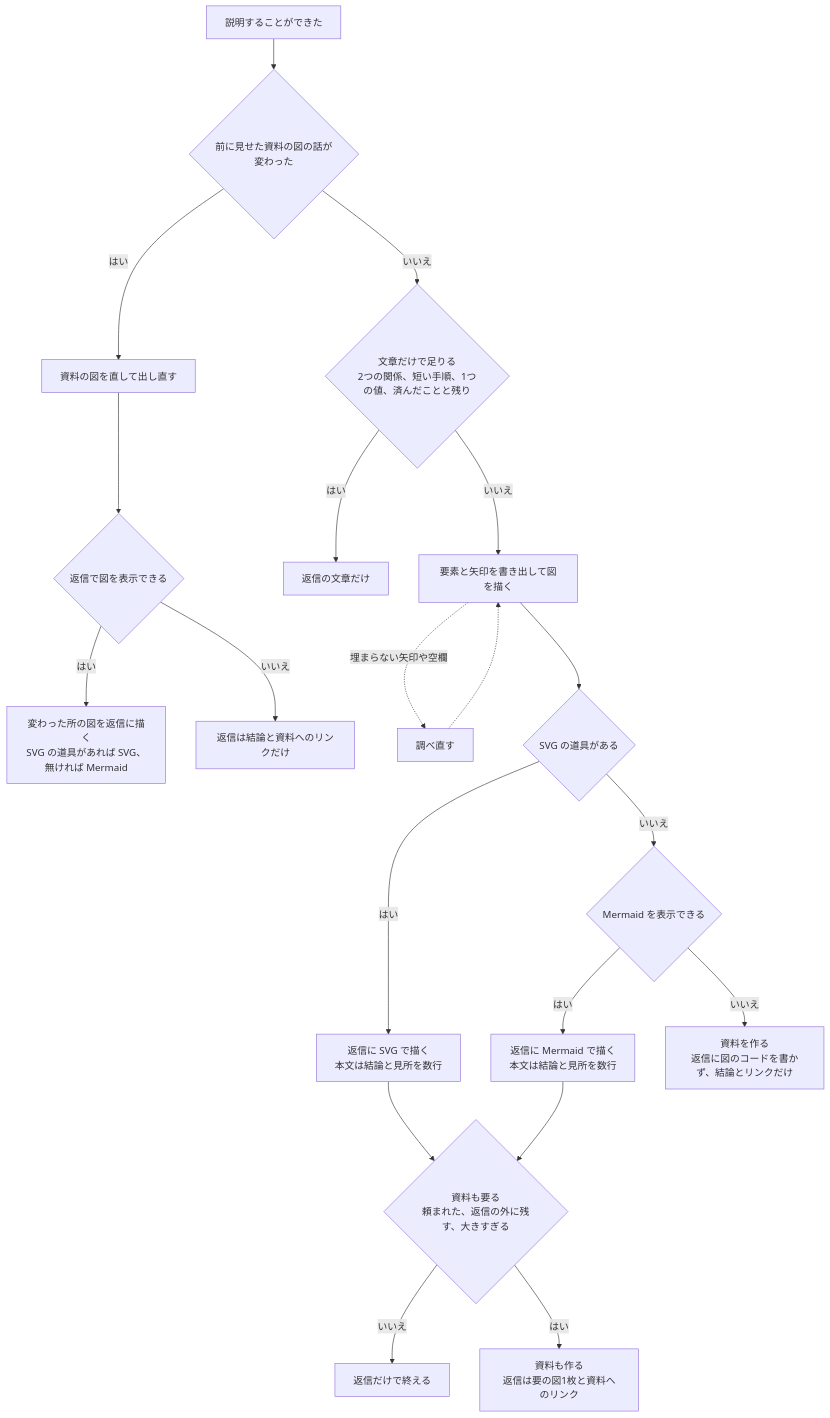
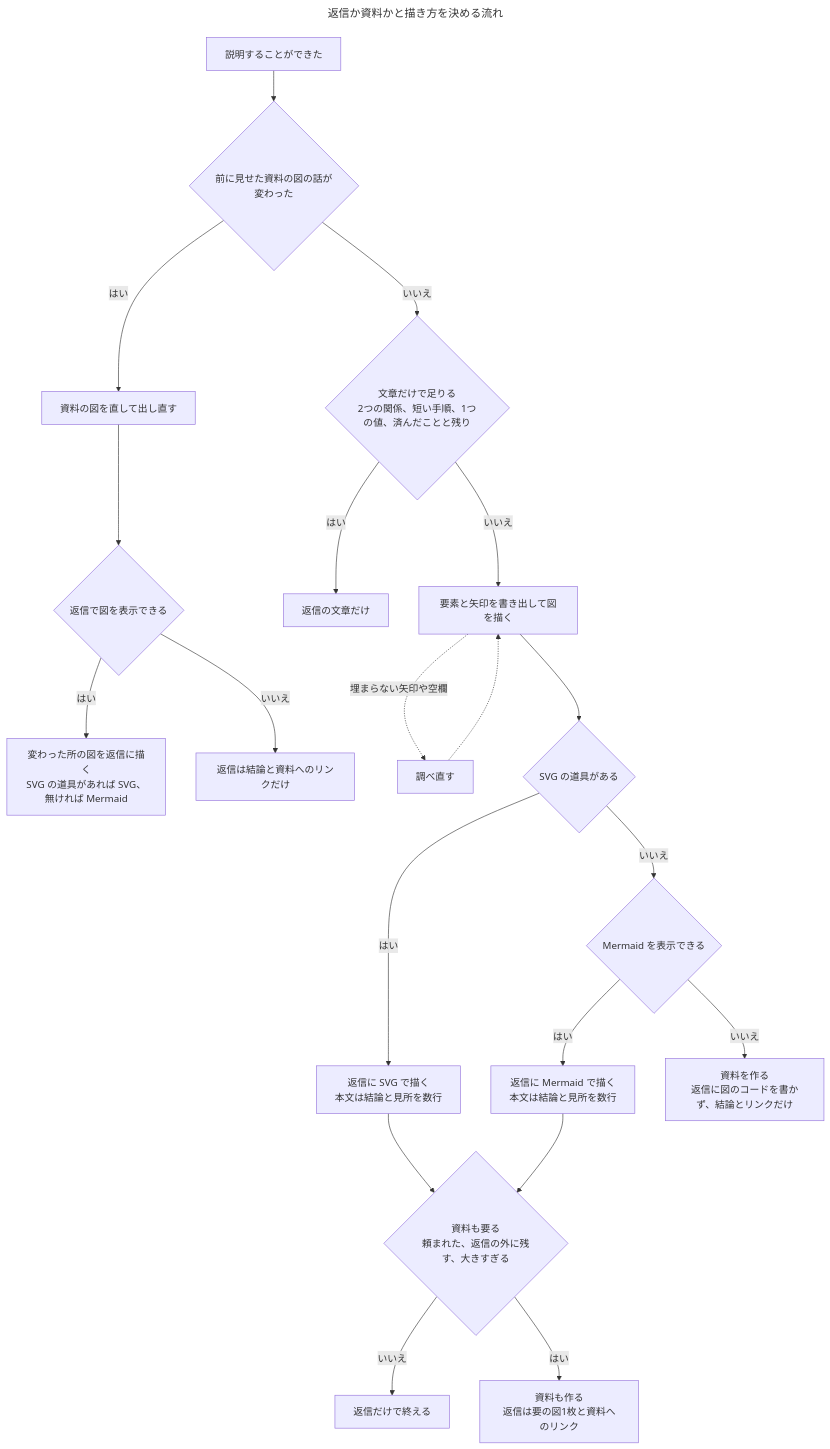
Before and after one commit to u-ichi/agent-plugins: the diagram in plugins/figure-docs/skills/figure-docs/SKILL.md, drawn with Mermaid. The commit also changed other lines of this file, not shown here.

First line of the commit message:
figure-docs: どの図にもタイトルを付ける規則と問いごとの分割基準を追加

````diff
--- a/plugins/figure-docs/skills/figure-docs/SKILL.md
+++ b/plugins/figure-docs/skills/figure-docs/SKILL.md
@@ -42,21 +42,24 @@
 ```mermaid
+---
+title: 返信か資料かと描き方を決める流れ
+---
 flowchart TB
   A[説明することができた] --> H{前に見せた資料の図の話が変わった}
   H -- はい --> I[資料の図を直して出し直す]
   I --> J{返信で図を表示できる}
   J -- はい --> K["変わった所の図を返信に描く<br>SVG の道具があれば SVG、無ければ Mermaid"]
   J -- いいえ --> L[返信は結論と資料へのリンクだけ]
   H -- いいえ --> B{"文章だけで足りる<br>2つの関係、短い手順、1つの値、済んだことと残り"}
   B -- はい --> T[返信の文章だけ]
   B -- いいえ --> C[要素と矢印を書き出して図を描く]
   C -. 埋まらない矢印や空欄 .-> R[調べ直す] -.-> C
   C --> D1{SVG の道具がある}
   D1 -- はい --> D2["返信に SVG で描く<br>本文は結論と見所を数行"]
   D1 -- いいえ --> D3{Mermaid を表示できる}
   D3 -- はい --> D4["返信に Mermaid で描く<br>本文は結論と見所を数行"]
   D3 -- いいえ --> G2["資料を作る<br>返信に図のコードを書かず、結論とリンクだけ"]
   D2 --> E{"資料も要る<br>頼まれた、返信の外に残す、大きすぎる"}
   D4 --> E
   E -- いいえ --> F[返信だけで終える]
   E -- はい --> G1["資料も作る<br>返信は要の図1枚と資料へのリンク"]
 ```
````
